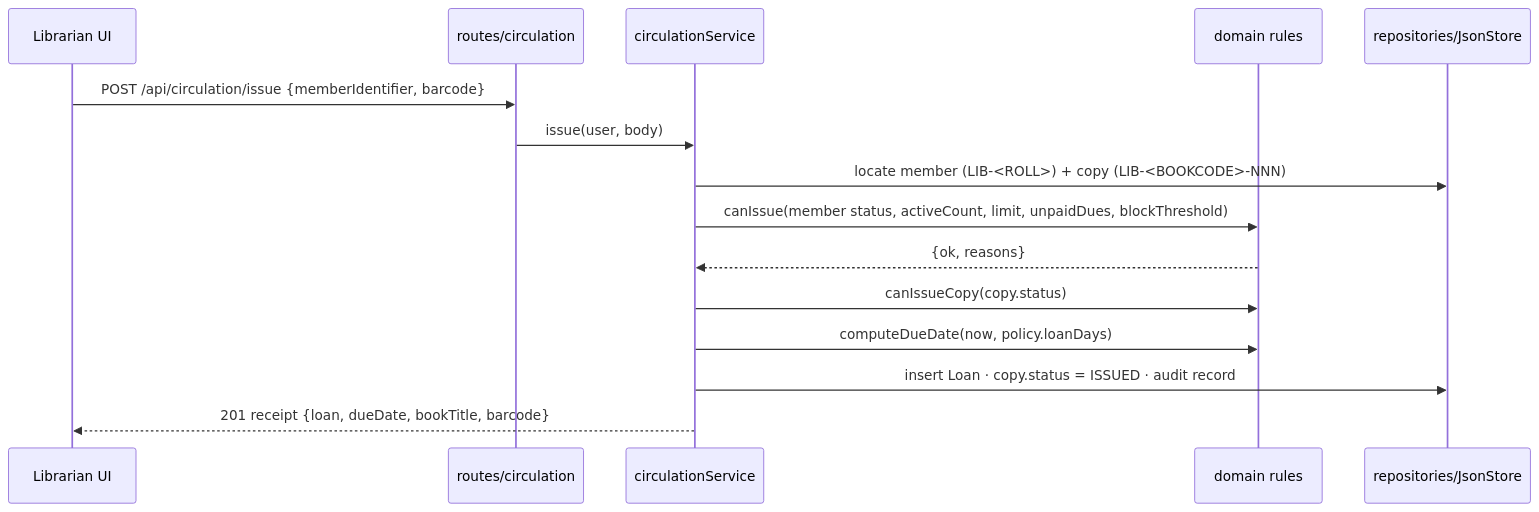
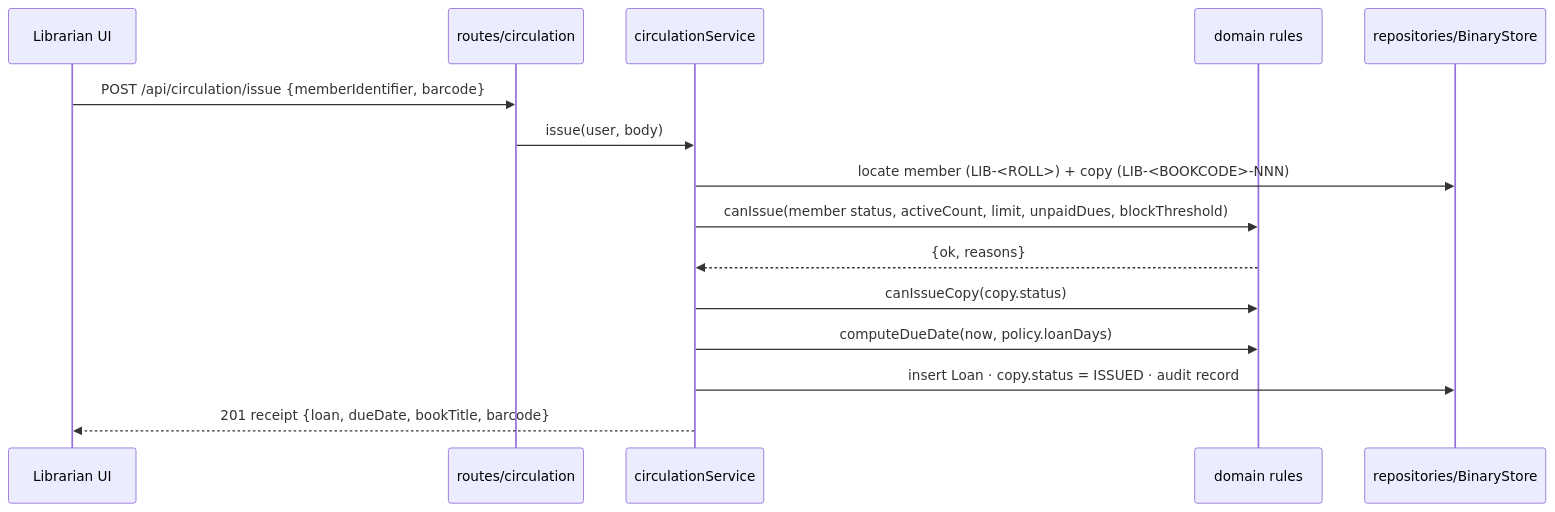
One commit to nidhish28guhan-netizen/kct-library changed the sixth of 7 diagrams in docs/unit-1-software-engineering-fundamentals-and-design.md. Above: the diagram before and after it, drawn with Mermaid. The commit also changed other lines of this file and 25 other files, not shown here.

First line of the commit message:
docs: sync all evidence to binary-store build — re-measured metrics

````diff
--- a/docs/unit-1-software-engineering-fundamentals-and-design.md
+++ b/docs/unit-1-software-engineering-fundamentals-and-design.md
@@ -254,17 +257,17 @@
 ```mermaid
 sequenceDiagram
   participant L as Librarian UI
   participant API as routes/circulation
   participant C as circulationService
   participant D as domain rules
-  participant R as repositories/JsonStore
+  participant R as repositories/BinaryStore
   L->>API: POST /api/circulation/issue {memberIdentifier, barcode}
   API->>C: issue(user, body)
   C->>R: locate member (LIB-<ROLL>) + copy (LIB-<BOOKCODE>-NNN)
   C->>D: canIssue(member status, activeCount, limit, unpaidDues, blockThreshold)
   D-->>C: {ok, reasons}
   C->>D: canIssueCopy(copy.status)
   C->>D: computeDueDate(now, policy.loanDays)
   C->>R: insert Loan · copy.status = ISSUED · audit record
   C-->>L: 201 receipt {loan, dueDate, bookTitle, barcode}
 ```
````
